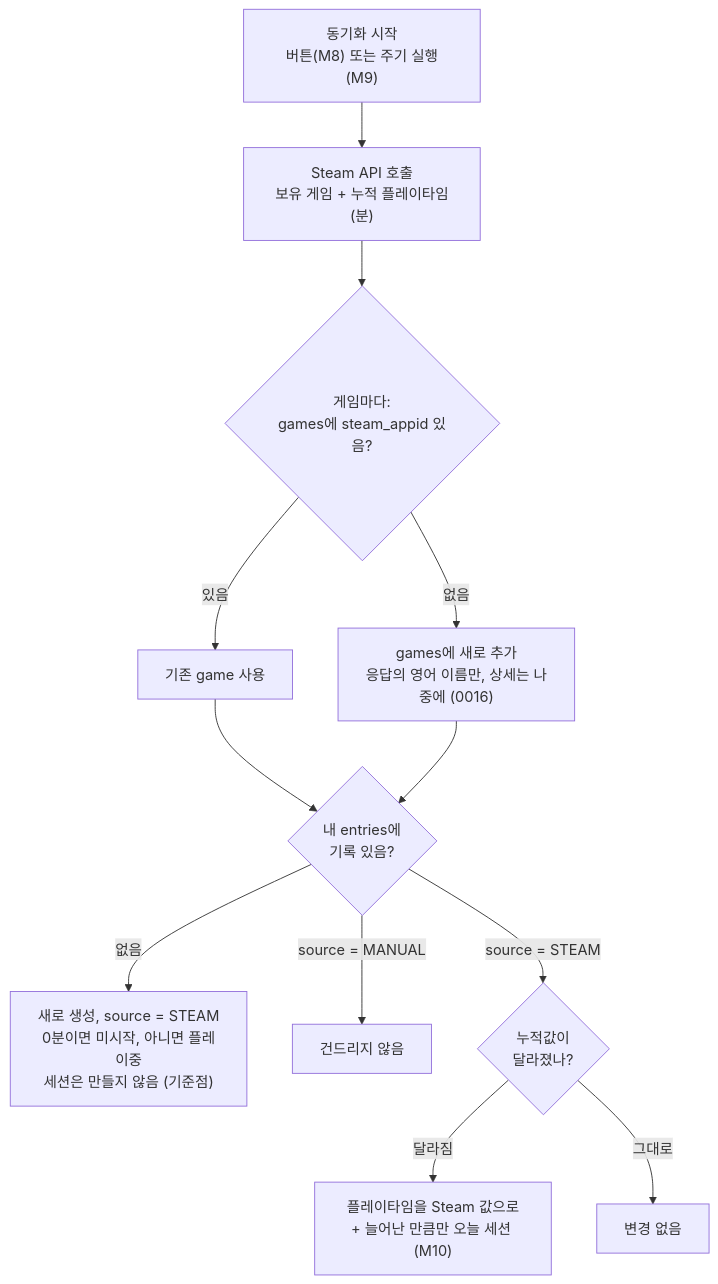
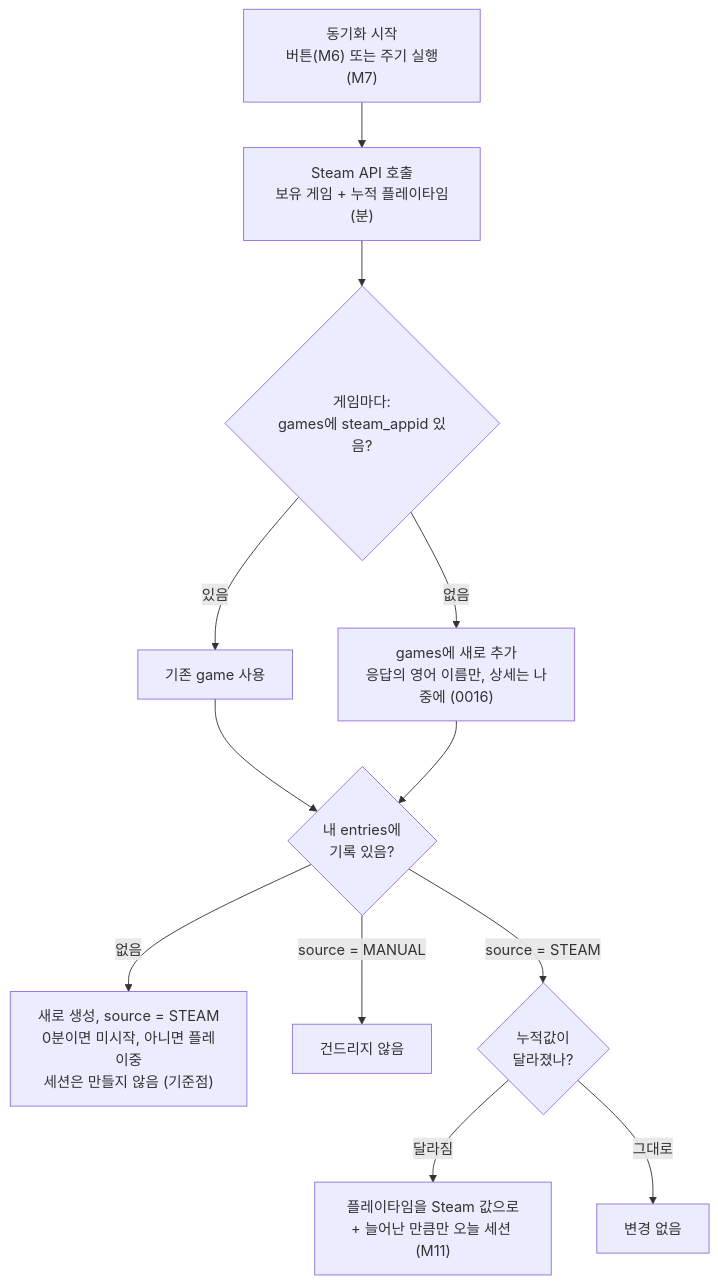
Before and after one commit to sagming40/PlayLedger: the seventh of 10 diagrams in docs/ARCHITECTURE.md, drawn with Mermaid. The commit also changed other lines of this file and 18 other files, not shown here.

````diff
--- a/docs/ARCHITECTURE.md
+++ b/docs/ARCHITECTURE.md
@@ -481,14 +496,14 @@
 ```mermaid
 flowchart TD
-    Start["동기화 시작<br/>버튼(M8) 또는 주기 실행(M9)"] --> Call["Steam API 호출<br/>보유 게임 + 누적 플레이타임(분)"]
+    Start["동기화 시작<br/>버튼(M6) 또는 주기 실행(M7)"] --> Call["Steam API 호출<br/>보유 게임 + 누적 플레이타임(분)"]
     Call --> G{"게임마다:<br/>games에 steam_appid 있음?"}
     G -->|"있음"| UseG["기존 game 사용"]
     G -->|"없음"| NewG["games에 새로 추가<br/>응답의 영어 이름만, 상세는 나중에 (0016)"]
     UseG --> E{"내 entries에<br/>기록 있음?"}
     NewG --> E
     E -->|"없음"| NewE["새로 생성, source = STEAM<br/>0분이면 미시작, 아니면 플레이중<br/>세션은 만들지 않음 (기준점)"]
     E -->|"source = MANUAL"| Skip["건드리지 않음"]
     E -->|"source = STEAM"| Diff{"누적값이<br/>달라졌나?"}
-    Diff -->|"달라짐"| Upd["플레이타임을 Steam 값으로<br/>+ 늘어난 만큼만 오늘 세션 (M10)"]
+    Diff -->|"달라짐"| Upd["플레이타임을 Steam 값으로<br/>+ 늘어난 만큼만 오늘 세션 (M11)"]
     Diff -->|"그대로"| Same["변경 없음"]
 ```
````
